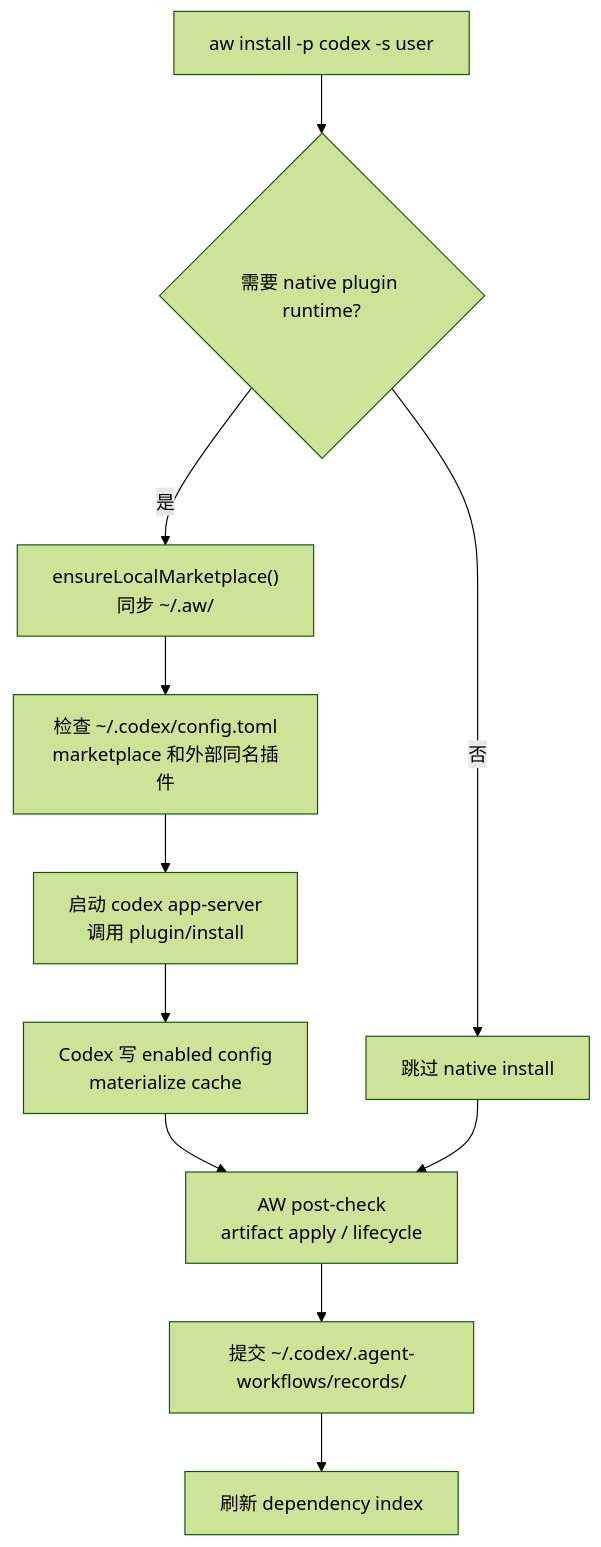
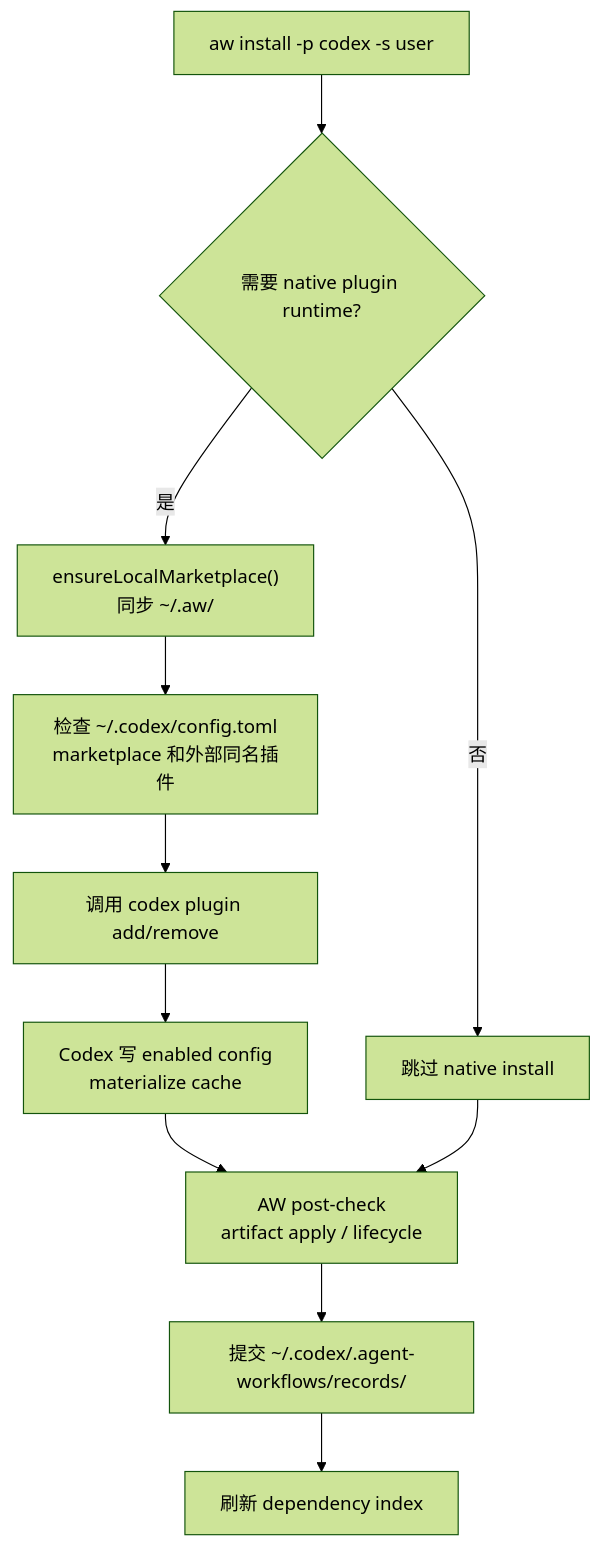
The fifth of 6 diagrams in docs/plugin-installation-technical-details.md (lesliechan721-arch/agent-workflow), drawn with Mermaid (forest theme) before and after one commit. The commit also changed other lines of this file and 71 other files, not shown here.

````diff
--- a/docs/plugin-installation-technical-details.md
+++ b/docs/plugin-installation-technical-details.md
@@ -374,18 +374,18 @@
 ```mermaid
 flowchart TD
   cmd["aw install -p codex -s user"]
   need{"需要 native plugin runtime?"}
   local["ensureLocalMarketplace()<br/>同步 ~/.aw/"]
   config["检查 ~/.codex/config.toml<br/>marketplace 和外部同名插件"]
-  rpc["启动 codex app-server<br/>调用 plugin/install"]
+  rpc["调用 codex plugin add/remove"]
   cache["Codex 写 enabled config<br/>materialize cache"]
   direct["跳过 native install"]
   post["AW post-check<br/>artifact apply / lifecycle"]
   record["提交 ~/.codex/.agent-workflows/records/"]
   index["刷新 dependency index"]
 
   cmd --> need
   need -- "是" --> local --> config --> rpc --> cache --> post
   need -- "否" --> direct --> post
   post --> record --> index
 ```
````
